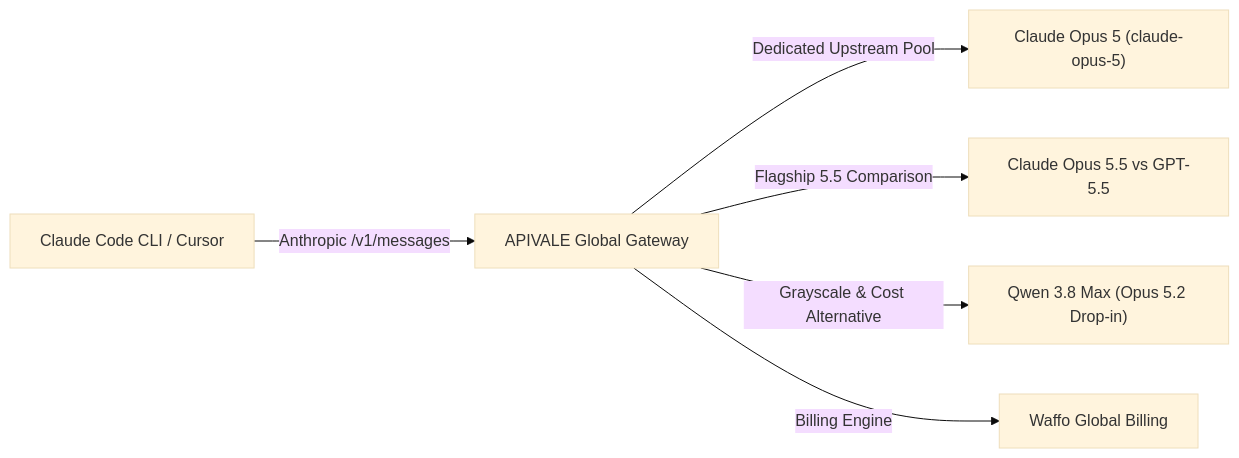
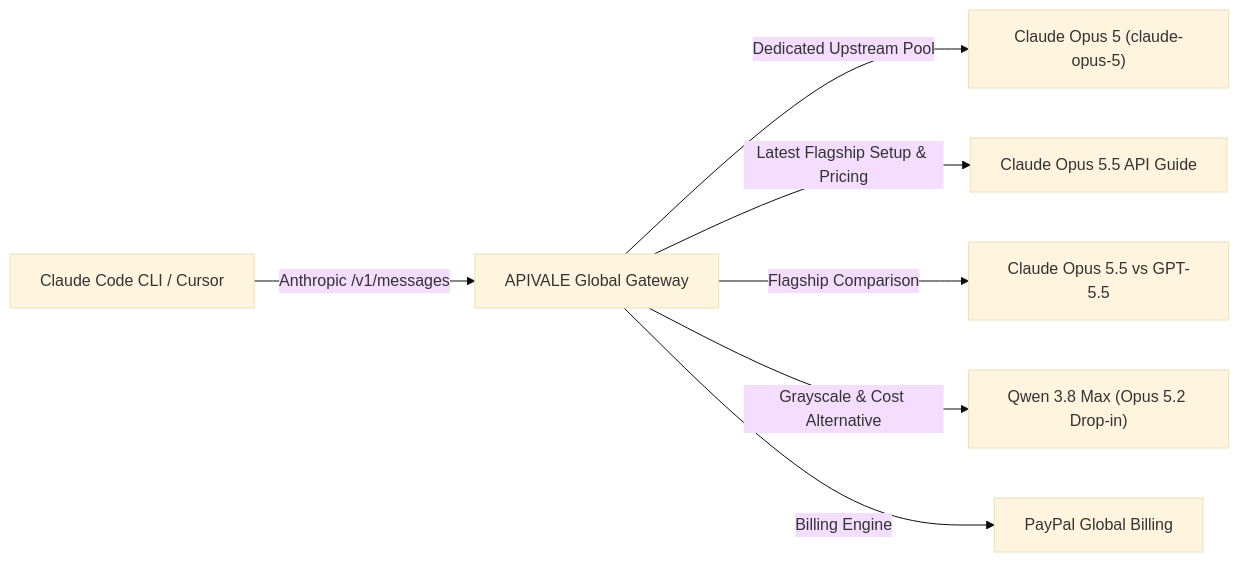
One commit to bshx2024/apivel_blog changed the diagram in src/content/blog/how-to-connect-claude-opus-5-to-claude-code-cli.md. Above: the diagram before and after it, drawn with Mermaid (base theme). The commit also changed other lines of this file and 29 other files, not shown here.

Commit message:
feat(seo): restore full repository with Z.ai top-up fix, Claude Opus 5.5, and Capafy AI guides

````diff
--- a/src/content/blog/how-to-connect-claude-opus-5-to-claude-code-cli.md
+++ b/src/content/blog/how-to-connect-claude-opus-5-to-claude-code-cli.md
@@ -49,8 +49,9 @@
 ```mermaid
 graph LR
     A["Claude Code CLI / Cursor"] -->|Anthropic /v1/messages| B["APIVALE Global Gateway"]
     B -->|Dedicated Upstream Pool| C["Claude Opus 5 (claude-opus-5)"]
-    B -->|Flagship 5.5 Comparison| F["Claude Opus 5.5 vs GPT-5.5"]
+    B -->|Latest Flagship Setup & Pricing| G["Claude Opus 5.5 API Guide"]
+    B -->|Flagship Comparison| F["Claude Opus 5.5 vs GPT-5.5"]
     B -->|Grayscale & Cost Alternative| D["Qwen 3.8 Max (Opus 5.2 Drop-in)"]
-    B -->|Billing Engine| E["Waffo Global Billing"]
+    B -->|Billing Engine| E["PayPal Global Billing"]
 ```
````
